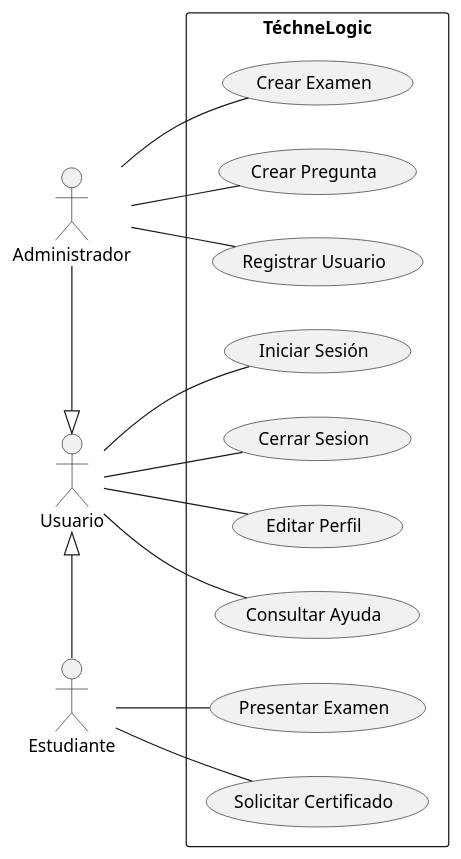
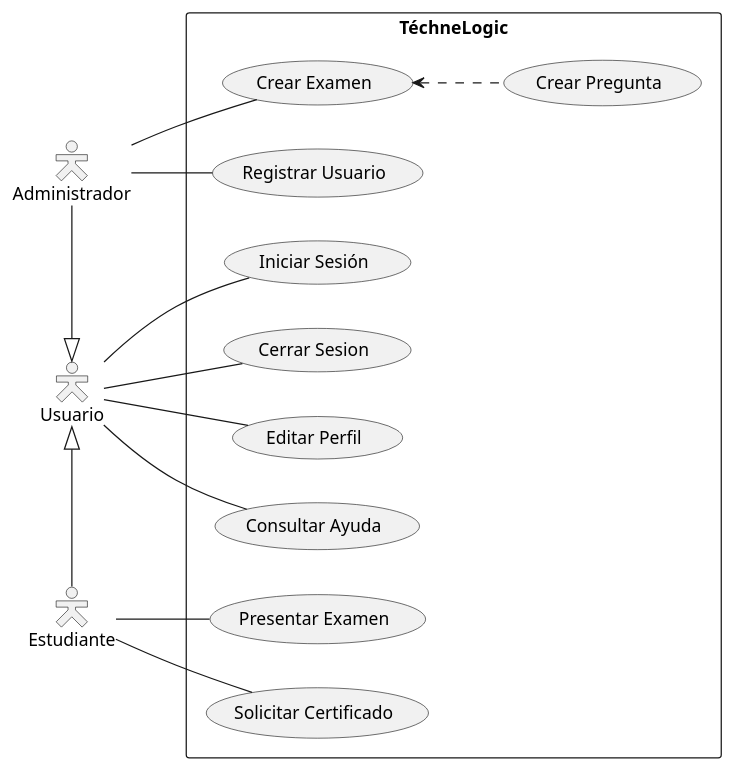
The diagram in docs/scenariosView/UseCaseDiagram.plantuml (TheSProyect/Proyecto-IS-Grupo-1), drawn with PlantUML before and after one commit. The commit also changed 5 other files, not shown here.

```diff
--- a/docs/scenariosView/UseCaseDiagram.plantuml
+++ b/docs/scenariosView/UseCaseDiagram.plantuml
@@ -1,36 +1,37 @@
 @startuml 
+skinparam actorStyle hollow
 left to right direction
 
 actor "Administrador" as Admin
 actor "Estudiante" as Student
 actor "Usuario" as User
 
 rectangle TéchneLogic {
 usecase "Crear Examen" as CreateT
 usecase "Crear Pregunta" as CreateQ
 usecase "Registrar Usuario" as Register
 usecase "Iniciar Sesión" as Login
 usecase "Cerrar Sesion" as Logout
 usecase "Editar Perfil" as Edit 
 usecase "Consultar Ayuda" as Help
 usecase "Presentar Examen" as Test
 usecase "Solicitar Certificado" as Certify
 }
 
 User <|-l- Admin
 User <|-r- Student
 
 Admin -- CreateT
-Admin -- CreateQ
+CreateT <.. CreateQ 
 Admin -- Register
 
 User -- Login
 User -- Logout
 User -- Edit
 User -- Help
 
 Student -- Test
 
 Student -- Certify
 
 @enduml
```
